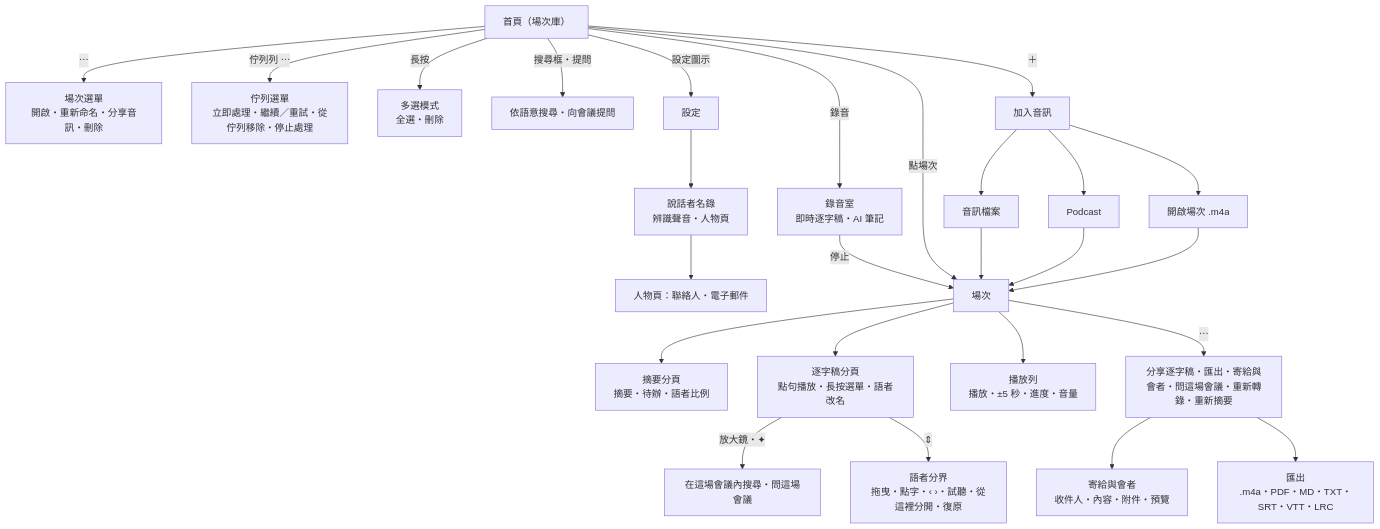
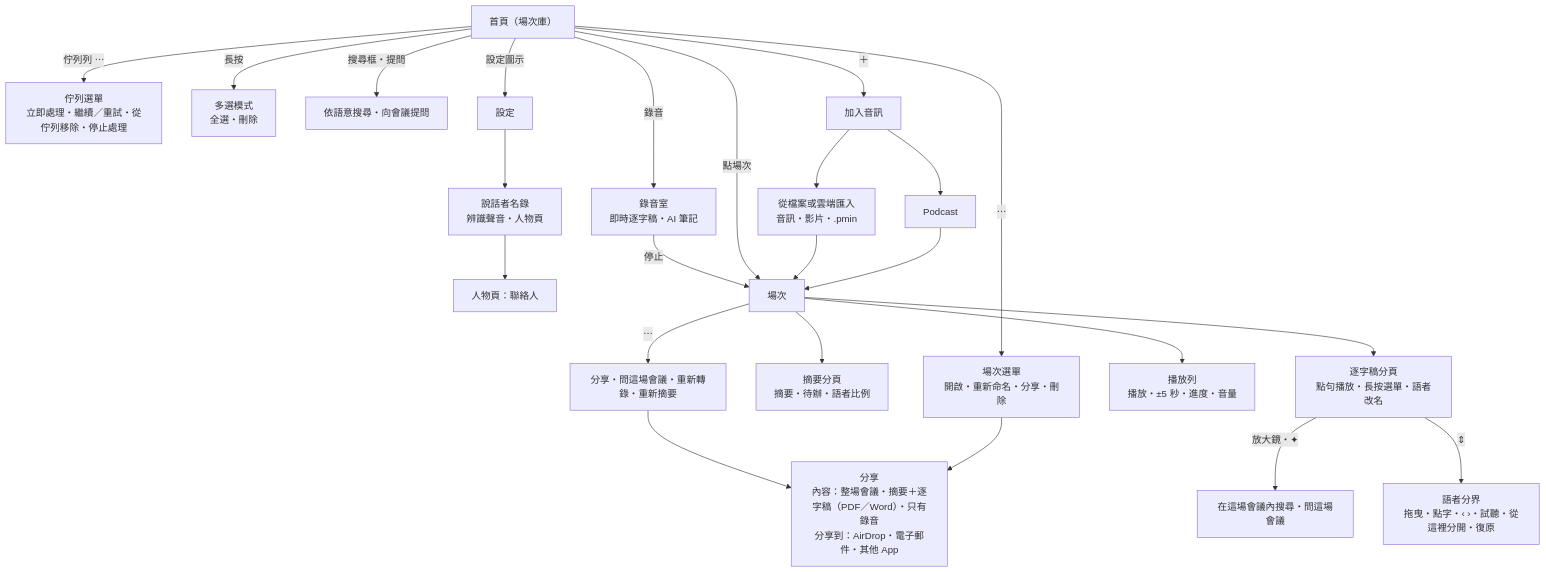
One commit to vieenrose/PrimeMinutes changed the diagram in docs/USER_GUIDE.md. Above: the diagram before and after it, drawn with Mermaid. The commit also changed other lines of this file and 22 other files, not shown here.

First line of the commit message:
docs(ios): Share sheet guide (what/where, PDF|Word), import from the cloud (#7), background episode check; slides v2.58

````diff
--- a/docs/USER_GUIDE.md
+++ b/docs/USER_GUIDE.md
@@ -13,29 +13,27 @@
 ```mermaid
 flowchart TD
     Home["首頁（場次庫）"]
-    Home -->|"⋯"| RowMenu["場次選單<br/>開啟・重新命名・分享音訊・刪除"]
+    Home -->|"⋯"| RowMenu["場次選單<br/>開啟・重新命名・分享・刪除"]
     Home -->|"佇列列 ⋯"| QueueMenu["佇列選單<br/>立即處理・繼續／重試・從佇列移除・停止處理"]
     Home -->|長按| Select["多選模式<br/>全選・刪除"]
     Home -->|"搜尋框・提問"| Ask["依語意搜尋・向會議提問"]
     Home -->|＋| Add["加入音訊"]
-    Add --> File["音訊檔案"]
+    Add --> File["從檔案或雲端匯入<br/>音訊・影片・.pmin"]
     Add --> Podcast["Podcast"]
-    Add --> Open["開啟場次 .m4a"]
     Home -->|設定圖示| Settings["設定"]
     Settings --> People["說話者名錄<br/>辨識聲音・人物頁"]
-    People --> Contact["人物頁：聯絡人・電子郵件"]
+    People --> Contact["人物頁：聯絡人"]
     Home -->|錄音| Booth["錄音室<br/>即時逐字稿・AI 筆記"]
     Booth -->|停止| Session
     Home -->|點場次| Session["場次"]
     File --> Session
     Podcast --> Session
-    Open --> Session
     Session --> Summary["摘要分頁<br/>摘要・待辦・語者比例"]
     Session --> Transcript["逐字稿分頁<br/>點句播放・長按選單・語者改名"]
     Transcript -->|"放大鏡・✦"| MSearch["在這場會議內搜尋・問這場會議"]
     Transcript -->|"⇕"| Boundary["語者分界<br/>拖曳・點字・‹ ›・試聽・從這裡分開・復原"]
     Session --> Player["播放列<br/>播放・±5 秒・進度・音量"]
-    Session -->|"⋯"| More["分享逐字稿・匯出・寄給與會者・問這場會議・重新轉錄・重新摘要"]
-    More --> Mail["寄給與會者<br/>收件人・內容・附件・預覽"]
-    More --> Export["匯出<br/>.m4a・PDF・MD・TXT・SRT・VTT・LRC"]
+    Session -->|"⋯"| More["分享・問這場會議・重新轉錄・重新摘要"]
+    More --> Share["分享<br/>內容：整場會議・摘要＋逐字稿（PDF／Word）・只有錄音<br/>分享到：AirDrop・電子郵件・其他 App"]
+    RowMenu --> Share
 ```
````
